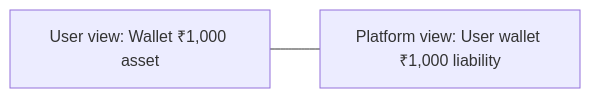
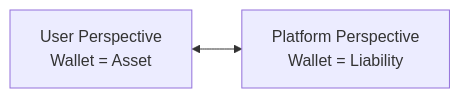
One commit to AvadhBhalodiya/Interview-Preparation changed the second of 6 diagrams in src/content/payments/double-entry-ledger.md. Above: the diagram before and after it, drawn with Mermaid. The commit also changed other lines of this file and 54 other files, not shown here.

````diff
--- a/src/content/payments/double-entry-ledger.md
+++ b/src/content/payments/double-entry-ledger.md
@@ -177,4 +148,4 @@
 ```mermaid
 flowchart LR
-    U[User view: Wallet ₹1,000 asset] --- P[Platform view: User wallet ₹1,000 liability]
+    U[User Perspective<br/>Wallet = Asset] <--> P[Platform Perspective<br/>Wallet = Liability]
 ```
````
